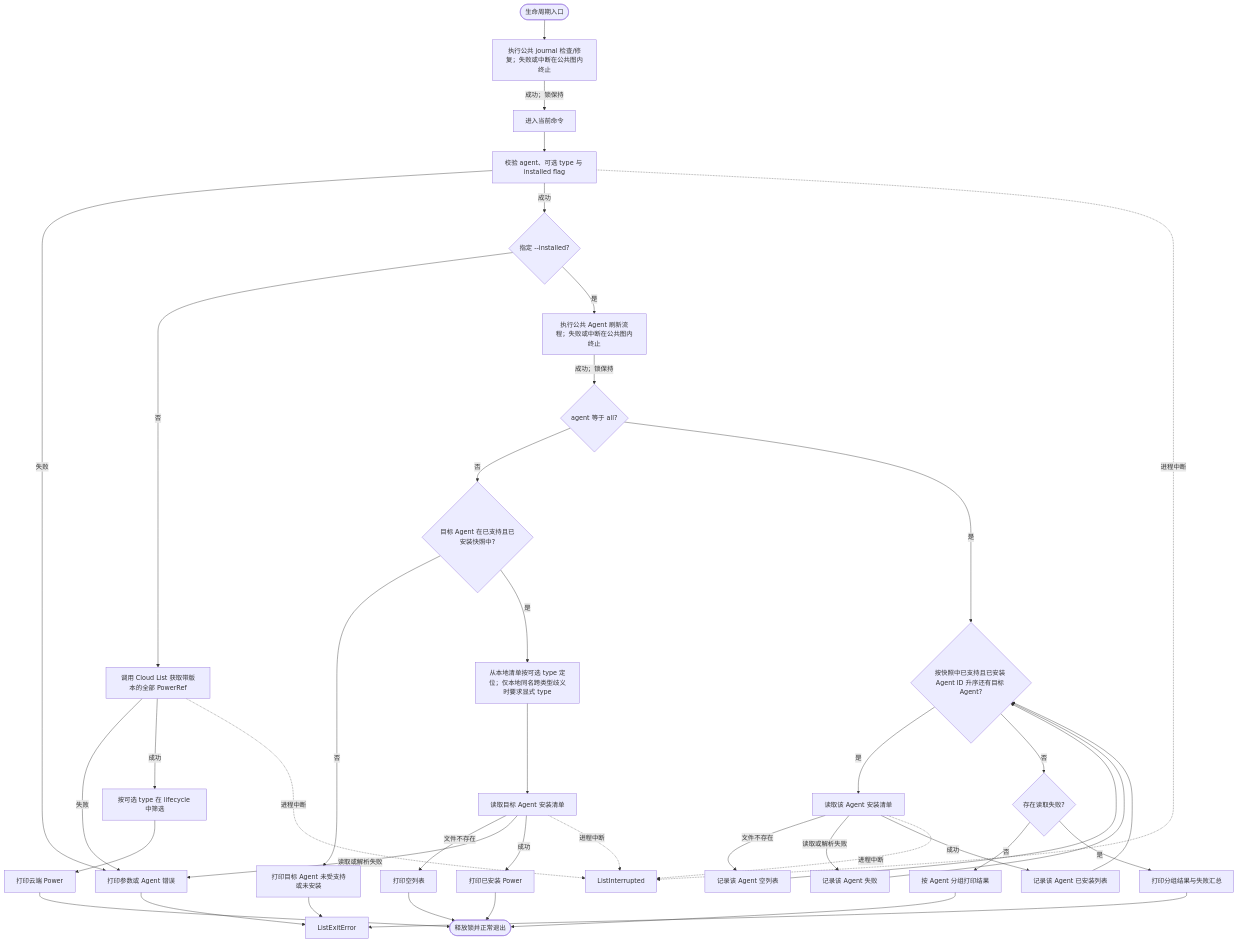
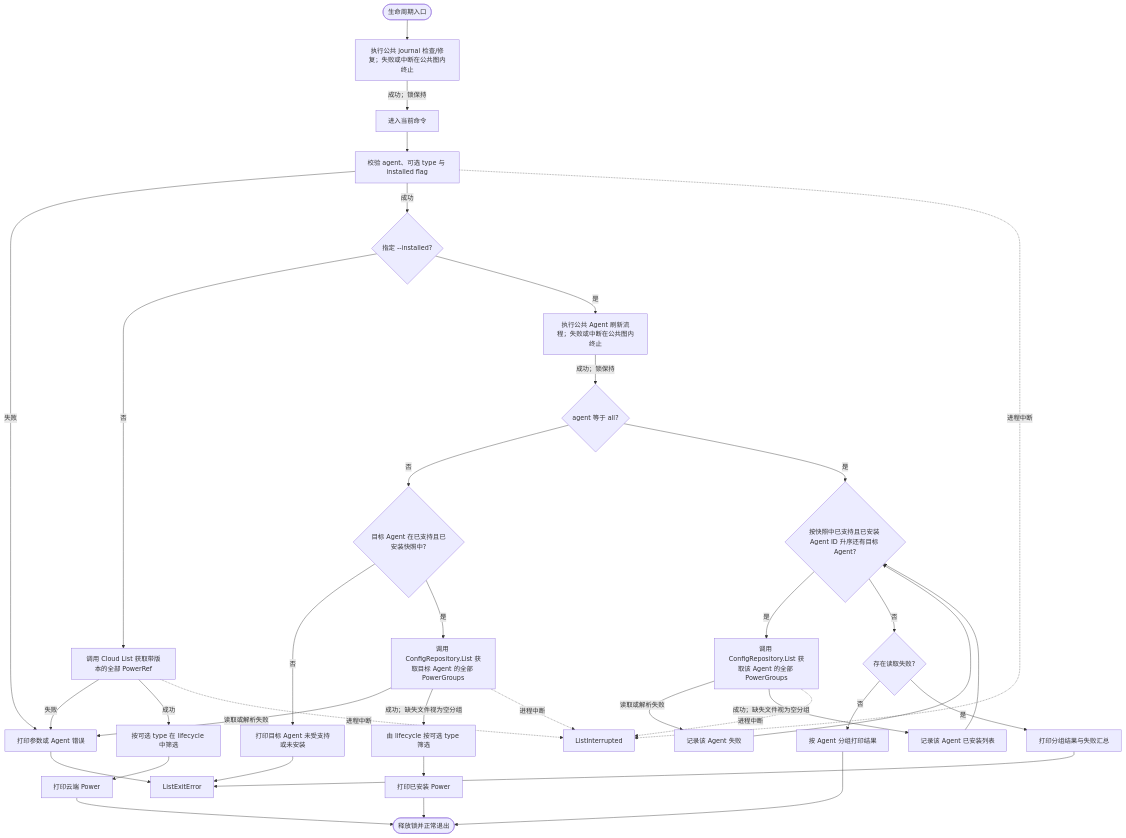
The diagram in ivory-tower/c4/components/apm-cli-lifecycle-diagrams/list.mmd (spacemit-com/agent-power-manager), drawn with Mermaid before and after one commit. The commit also changed 11 other files, not shown here.

Commit message:
docs: design agent power config repository

```diff
--- a/ivory-tower/c4/components/apm-cli-lifecycle-diagrams/list.mmd
+++ b/ivory-tower/c4/components/apm-cli-lifecycle-diagrams/list.mmd
@@ -1,32 +1,30 @@
 flowchart TD
     ListStart([生命周期入口]) --> ListRecovery[执行公共 journal 检查/修复；失败或中断在公共图内终止]
     ListRecovery -->|成功；锁保持| ListCommand[进入当前命令]
 
     ListCommand --> ListValidate[校验 agent、可选 type 与 installed flag]
     ListValidate -->|失败| ListFail[打印参数或 Agent 错误] --> ListExitError
     ListValidate -->|成功| ListInstalled{指定 --installed?}
     ListInstalled -->|否| ListCloudList[调用 Cloud List 获取带版本的全部 PowerRef]
     ListCloudList -->|失败| ListFail
     ListCloudList -->|成功| ListFilterCloud[按可选 type 在 lifecycle 中筛选]
     ListFilterCloud --> ListPrintCloud[打印云端 Power] --> ListExitOK([释放锁并正常退出])
     ListInstalled -->|是| ListDiscovery[执行公共 Agent 刷新流程；失败或中断在公共图内终止]
     ListDiscovery -->|成功；锁保持| ListAll{agent 等于 all?}
     ListAll -->|否| ListTarget{目标 Agent 在已支持且已安装快照中?}
     ListTarget -->|否| ListUnavailable[打印目标 Agent 未受支持或未安装] --> ListExitError
-    ListTarget -->|是| ListLocalType[从本地清单按可选 type 定位；仅本地同名跨类型歧义时要求显式 type]
-    ListLocalType --> ListReadOne[读取目标 Agent 安装清单]
-    ListReadOne -->|文件不存在| ListEmptyOne[打印空列表] --> ListExitOK
+    ListTarget -->|是| ListReadOne[调用 ConfigRepository.List 获取目标 Agent 的全部 PowerGroups]
     ListReadOne -->|读取或解析失败| ListFail
-    ListReadOne -->|成功| ListPrintOne[打印已安装 Power] --> ListExitOK
+    ListReadOne -->|成功；缺失文件视为空分组| ListLocalType[由 lifecycle 按可选 type 筛选]
+    ListLocalType --> ListPrintOne[打印已安装 Power] --> ListExitOK
     ListAll -->|是| ListNextAgent{按快照中已支持且已安装 Agent ID 升序还有目标 Agent?}
-    ListNextAgent -->|是| ListReadAgent[读取该 Agent 安装清单]
-    ListReadAgent -->|文件不存在| ListRecordEmpty[记录该 Agent 空列表] --> ListNextAgent
+    ListNextAgent -->|是| ListReadAgent[调用 ConfigRepository.List 获取该 Agent 的全部 PowerGroups]
     ListReadAgent -->|读取或解析失败| ListRecordFailure[记录该 Agent 失败] --> ListNextAgent
-    ListReadAgent -->|成功| ListRecordList[记录该 Agent 已安装列表] --> ListNextAgent
+    ListReadAgent -->|成功；缺失文件视为空分组| ListRecordList[记录该 Agent 已安装列表] --> ListNextAgent
     ListNextAgent -->|否| ListAnyFailure{存在读取失败?}
     ListAnyFailure -->|否| ListPrintAll[按 Agent 分组打印结果] --> ListExitOK
     ListAnyFailure -->|是| ListPrintPartial[打印分组结果与失败汇总] --> ListExitError
     ListCloudList -.进程中断.-> ListInterrupted
     ListValidate -.进程中断.-> ListInterrupted
     ListReadOne -.进程中断.-> ListInterrupted
     ListReadAgent -.进程中断.-> ListInterrupted
```
